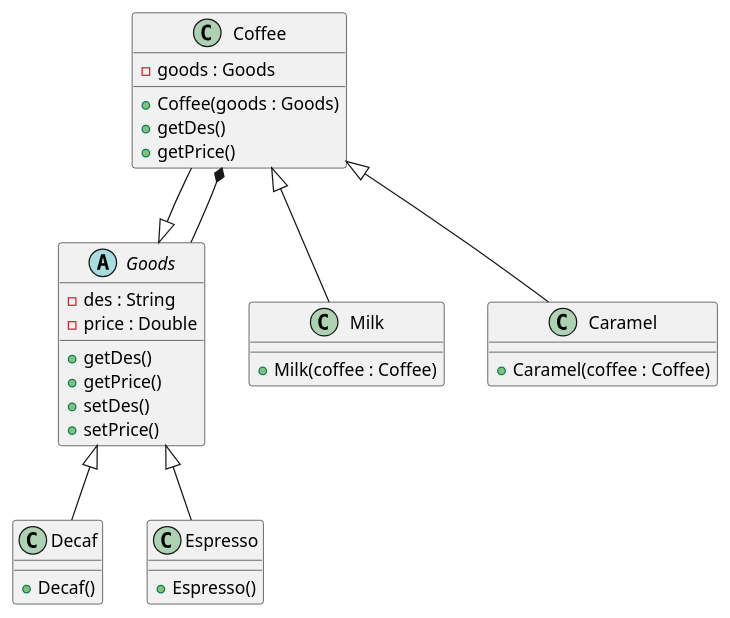
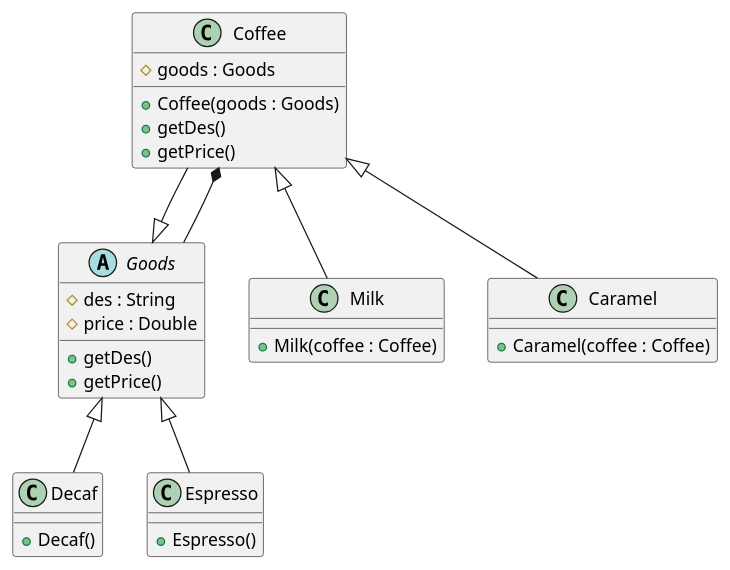
Before and after one commit to Max-Qiu/demo: the diagram in demo-DesignPattern/src/main/java/com/maxqiu/demo/P07_Decorator/Decorator.puml, drawn with PlantUML. The commit also changed 7 other files, not shown here.

```diff
--- a/demo-DesignPattern/src/main/java/com/maxqiu/demo/P07_Decorator/Decorator.puml
+++ b/demo-DesignPattern/src/main/java/com/maxqiu/demo/P07_Decorator/Decorator.puml
@@ -1,34 +1,32 @@
 @startuml
 abstract class Goods {
-    - des : String
-    - price : Double
+    # des : String
+    # price : Double
     + getDes()
     + getPrice()
-    + setDes()
-    + setPrice()
 }
 class Decaf {
     + Decaf()
 }
 class Espresso {
     + Espresso()
 }
 class Coffee {
-    - goods : Goods
+    # goods : Goods
     + Coffee(goods : Goods)
     + getDes()
     + getPrice()
 }
 class Milk {
     + Milk(coffee : Coffee)
 }
 class Caramel {
     + Caramel(coffee : Coffee)
 }
+Decaf -up-|> Goods
+Espresso -up-|> Goods
+Coffee --|> Goods
+Coffee *-- Goods
 Milk -up-|> Coffee
 Caramel -up-|> Coffee
-Coffee --|> Goods
-Coffee *-- Goods
-Decaf -up-|> Goods
-Espresso -up-|> Goods
 @enduml
```
